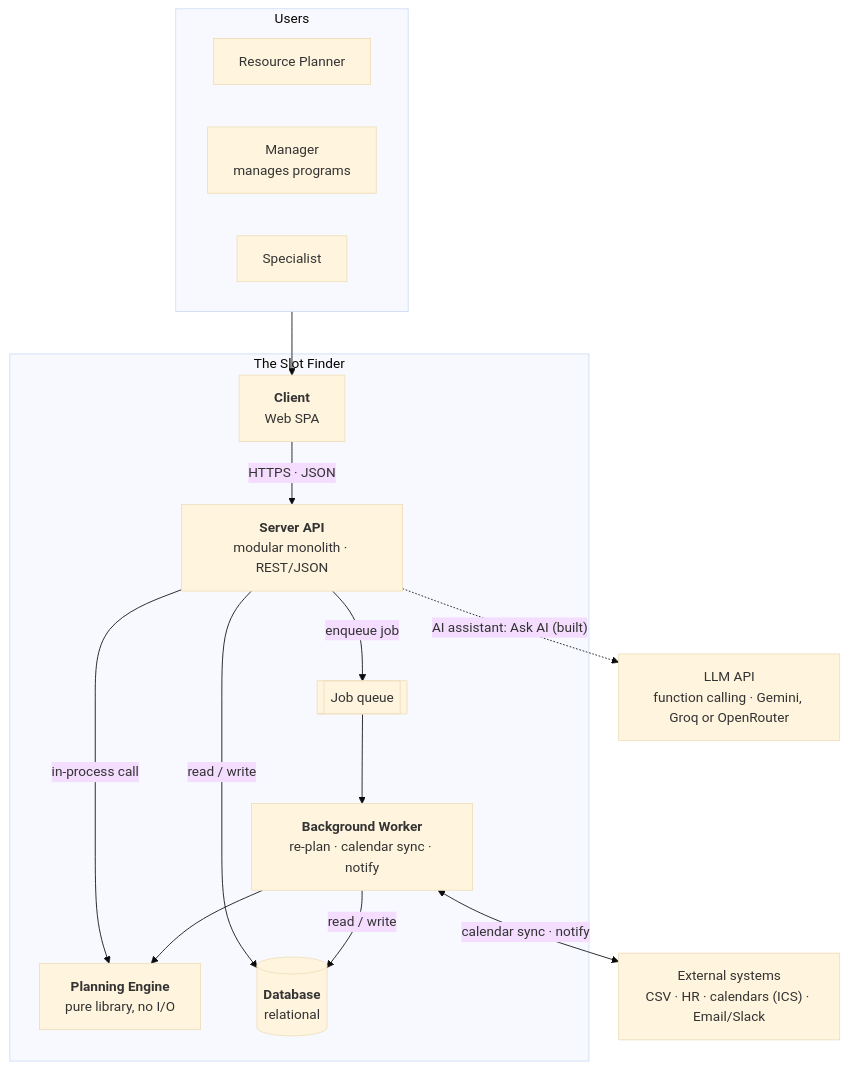
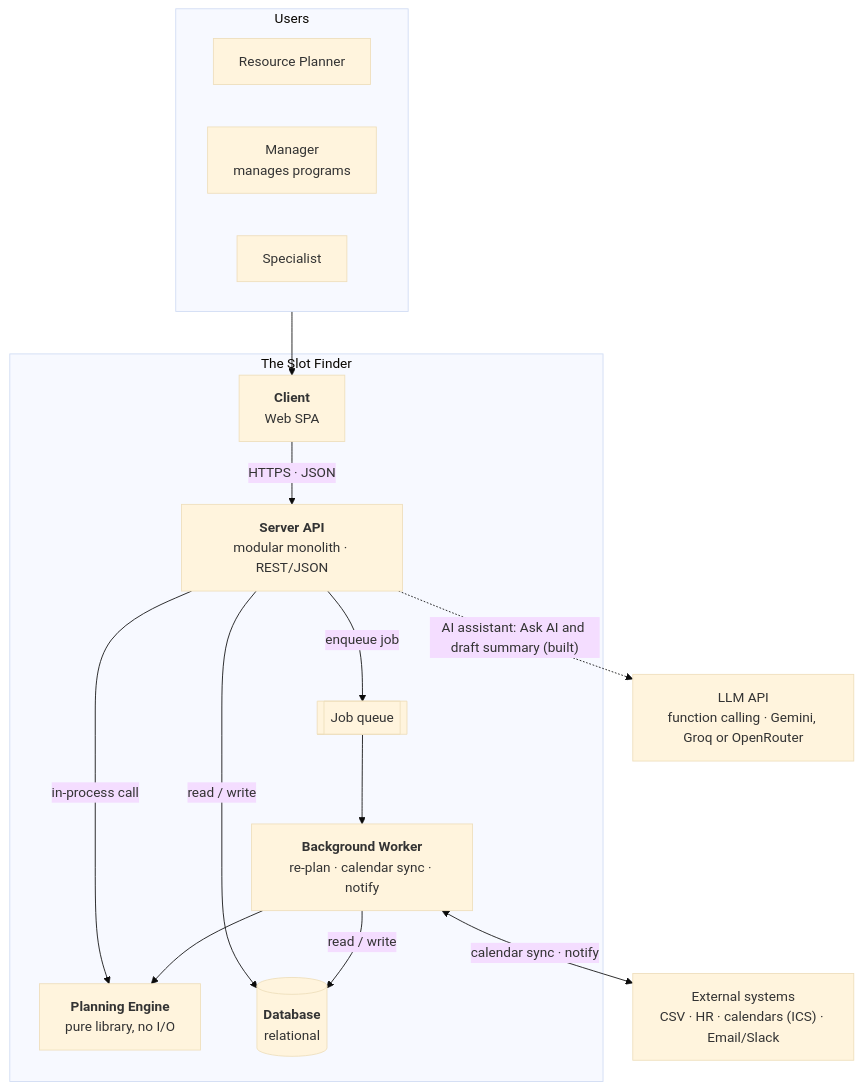
Before and after one commit to dophnamm/the-slot-finder: the second of 14 diagrams in README.md, drawn with Mermaid (base theme). The commit also changed other lines of this file and 8 other files, not shown here.

Commit message:
docs: describe the draft summary

````diff
--- a/README.md
+++ b/README.md
@@ -84,31 +84,31 @@
 ```mermaid
 flowchart TB
   subgraph users["Users"]
     planner["Resource Planner"]
     lead["Manager<br/>manages programs"]
     spec["Specialist"]
   end
 
   subgraph sf["The Slot Finder"]
     client["<b>Client</b><br/>Web SPA"]
     api["<b>Server API</b><br/>modular monolith · REST/JSON"]
     engine["<b>Planning Engine</b><br/>pure library, no I/O"]
     queue[["Job queue"]]
     worker["<b>Background Worker</b><br/>re-plan · calendar sync · notify"]
     db[("<b>Database</b><br/>relational")]
   end
 
   ext["External systems<br/>CSV · HR · calendars (ICS) · Email/Slack"]
   llm["LLM API<br/>function calling · Gemini, Groq or OpenRouter"]
 
   users --> client
   client -->|"HTTPS · JSON"| api
   api -->|"in-process call"| engine
   api -->|"read / write"| db
   api -->|"enqueue job"| queue
   queue --> worker
   worker --> engine
   worker -->|"read / write"| db
   worker <-->|"calendar sync · notify"| ext
-  api -.->|"AI assistant: Ask AI (built)"| llm
+  api -.->|"AI assistant: Ask AI and draft summary (built)"| llm
 ```
````
